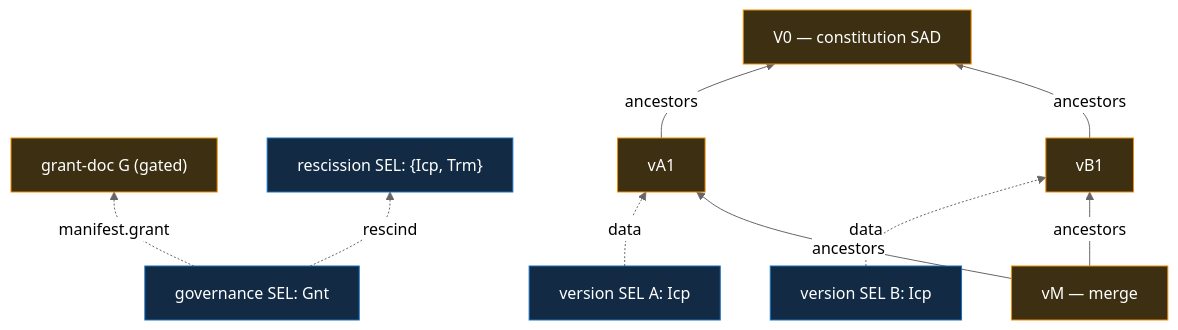
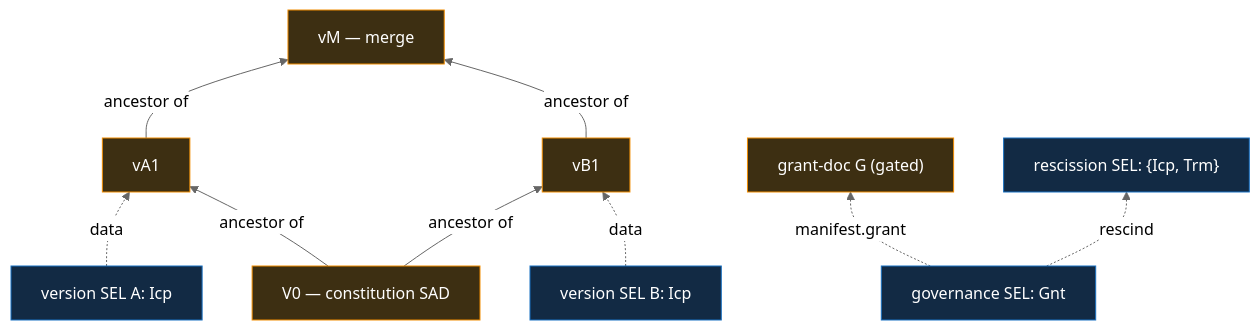
Before and after one commit to jasoncolburne/vdti: the diagram in docs/design/features/multi-party/documents.md, drawn with Mermaid (neutral theme). The commit also changed other lines of this file, not shown here.

Commit message:
VDTI-16: Fix multi party diagram

````diff
--- a/docs/design/features/multi-party/documents.md
+++ b/docs/design/features/multi-party/documents.md
@@ -25,22 +25,22 @@
 ```mermaid
 flowchart BT
+  vM["vM — merge"]:::doc
   V0["V0 — constitution SAD"]:::doc
+  vA1["vA1"]:::doc
+  vB1["vB1"]:::doc
+  vA["version SEL A: Icp"]:::sel
+  vB["version SEL B: Icp"]:::sel
   gGnt["governance SEL: Gnt"]:::sel
   G["grant-doc G (gated)"]:::doc
   Resc["rescission SEL: {Icp, Trm}"]:::sel
-  vA["version SEL A: Icp"]:::sel
-  vB["version SEL B: Icp"]:::sel
-  vA1["vA1"]:::doc
-  vB1["vB1"]:::doc
-  vM["vM — merge"]:::doc
   gGnt -.->|manifest.grant| G
   gGnt -. rescind .-> Resc
   vA -.->|data| vA1
   vB -.->|data| vB1
-  vA1 -->|ancestors| V0
-  vB1 -->|ancestors| V0
-  vM -->|ancestors| vA1
-  vM -->|ancestors| vB1
+  V0 -->|ancestor of| vA1
+  V0 -->|ancestor of| vB1
+  vA1 -->|ancestor of| vM
+  vB1 -->|ancestor of| vM
   classDef sel fill:#122a44,stroke:#1971c2,color:#fff
   classDef doc fill:#3d2f12,stroke:#f08c00,color:#fff
 ```
````
